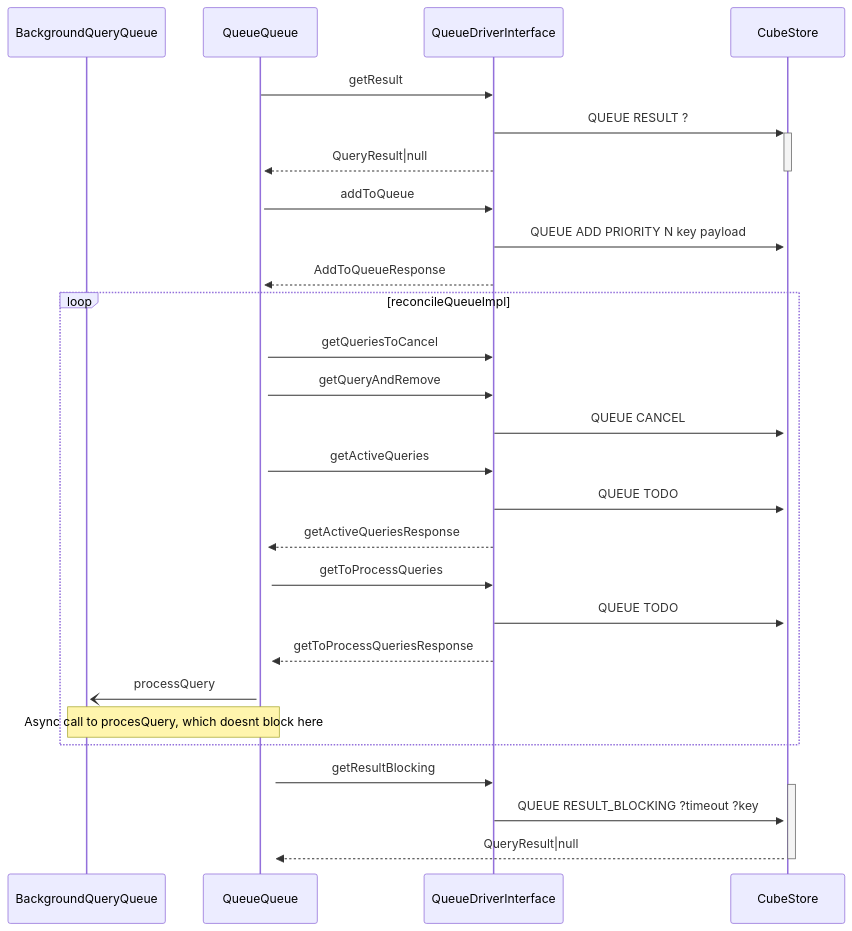
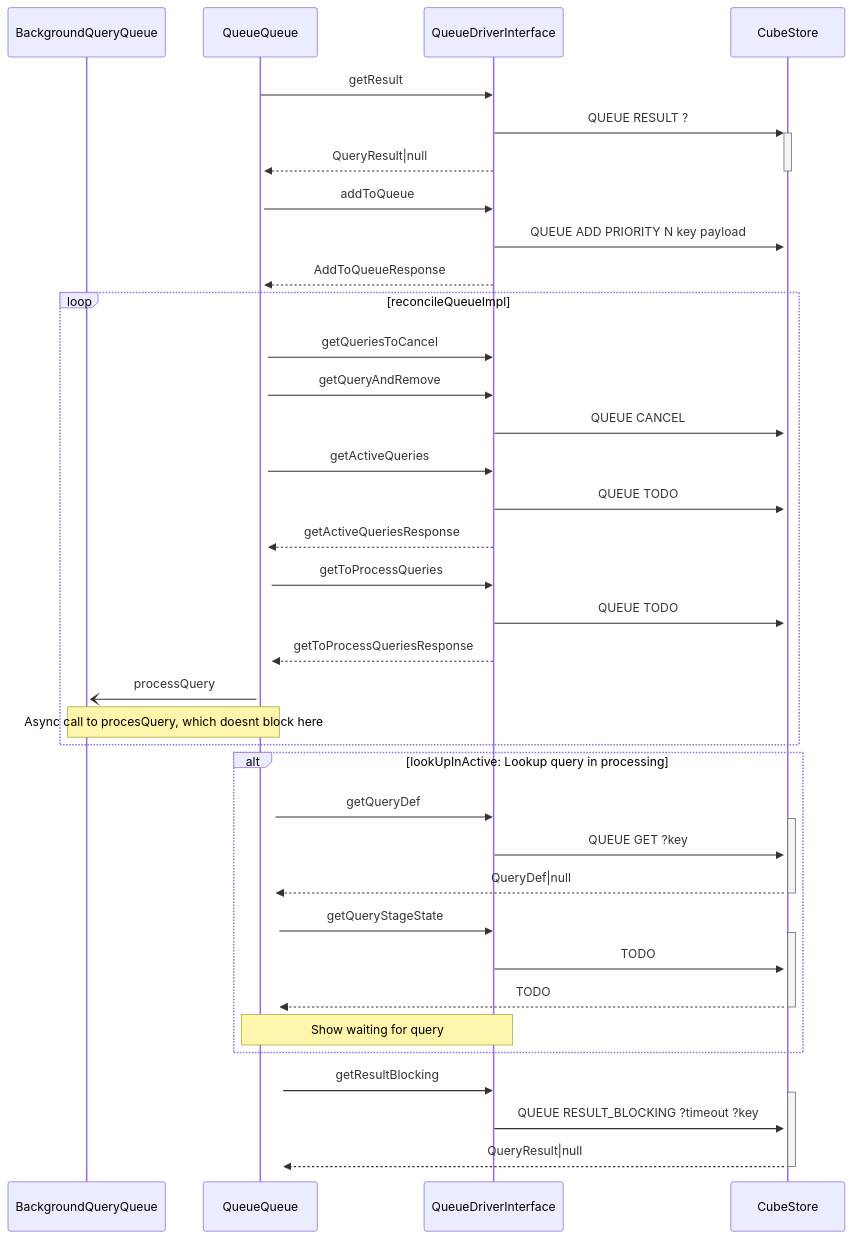
One commit to prattcmp/cube.js changed the first of 2 diagrams in packages/cubejs-query-orchestrator/DEVELOPMENT.md. Above: the diagram before and after it, drawn with Mermaid.

Commit message:
improve diagram

````diff
--- a/packages/cubejs-query-orchestrator/DEVELOPMENT.md
+++ b/packages/cubejs-query-orchestrator/DEVELOPMENT.md
@@ -3,39 +3,54 @@
 ```mermaid
 sequenceDiagram
     participant BackgroundQueryQueue
     participant QueueQueue
     participant QueueDriverInterface
     participant CubeStore
 
     QueueQueue->>QueueDriverInterface: getResult
     QueueDriverInterface->>+CubeStore: QUEUE RESULT ?
     QueueDriverInterface-->>+QueueQueue: QueryResult|null
     deactivate CubeStore
 
     QueueQueue->>QueueDriverInterface: addToQueue
     QueueDriverInterface->>+CubeStore: QUEUE ADD PRIORITY N key payload
     QueueDriverInterface-->>+QueueQueue: AddToQueueResponse
 
     loop reconcileQueueImpl
         QueueQueue->>QueueDriverInterface: getQueriesToCancel
         QueueQueue->>QueueDriverInterface: getQueryAndRemove
         QueueDriverInterface->>CubeStore: QUEUE CANCEL
 
         QueueQueue->>QueueDriverInterface: getActiveQueries
         QueueDriverInterface->>CubeStore: QUEUE TODO
         QueueDriverInterface-->>+QueueQueue: getActiveQueriesResponse
 
         QueueQueue->>QueueDriverInterface: getToProcessQueries
         QueueDriverInterface->>CubeStore: QUEUE TODO
         QueueDriverInterface-->>+QueueQueue: getToProcessQueriesResponse
 
         QueueQueue-)+BackgroundQueryQueue: processQuery
         Note over QueueQueue,BackgroundQueryQueue: Async call to procesQuery, which doesnt block here
     end
 
+    alt lookUpInActive: Lookup query in processing
+        QueueQueue->>QueueDriverInterface: getQueryDef
+        activate CubeStore
+        QueueDriverInterface->>CubeStore: QUEUE GET ?key
+        CubeStore-->>+QueueQueue: QueryDef|null
+        deactivate CubeStore
+
+        QueueQueue->>QueueDriverInterface: getQueryStageState
+        activate CubeStore
+        QueueDriverInterface->>CubeStore: TODO
+        CubeStore-->>+QueueQueue: TODO
+        deactivate CubeStore
+        Note over QueueQueue,QueueDriverInterface: Show waiting for query
+    end
+
     QueueQueue->>QueueDriverInterface: getResultBlocking
     activate CubeStore
     QueueDriverInterface->>CubeStore: QUEUE RESULT_BLOCKING ?timeout ?key
     CubeStore-->>+QueueQueue: QueryResult|null
     deactivate CubeStore
 ```
````
